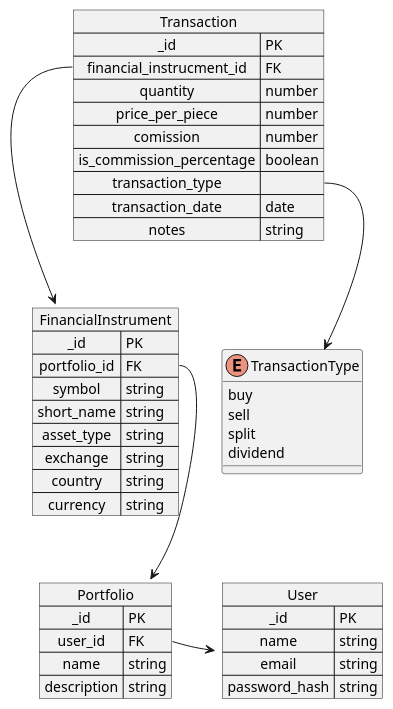
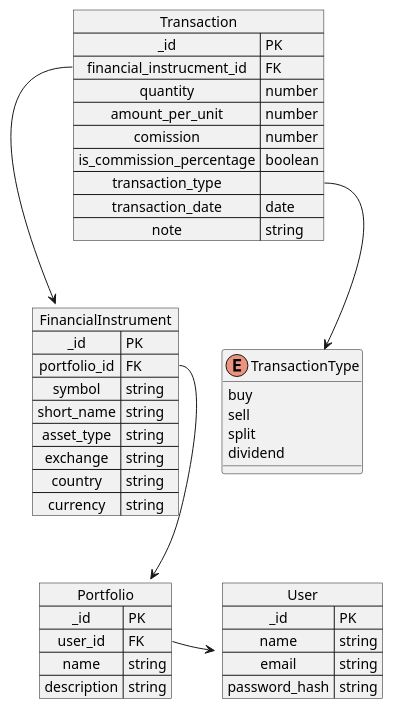
One commit to marcuspeh/investment-tracker-app changed the diagram in docs/SchemaDesign.puml. Above: the diagram before and after it, drawn with PlantUML. The commit also changed 7 other files, not shown here.

Commit message:
Add db schema

```diff
--- a/docs/SchemaDesign.puml
+++ b/docs/SchemaDesign.puml
@@ -1,80 +1,80 @@
 @startuml
 
 map User {
     _id => PK
 
     name => string
     email => string
     password_hash => string
 }
 
 ' map CustomStock {
 '     _id => PK
 
 '     user_id => FK
 
 '     symbol => string
 '     name => string
 '     description => string
 ' }
 ' CustomStock::user_id --> User
 
 ' map CustomStockPrice {
 '     _id => PK
 '     custom_stock_id => FK
 
 '     price => number
 '     date => date
 ' }
 ' CustomStockPrice::custom_stock_id --> CustomStock
 
 map Portfolio {
     _id => PK
 
     user_id => FK
 
     name => string
     description => string
 }
 Portfolio::user_id -> User
 
 map FinancialInstrument {
     _id => PK
 
     portfolio_id => FK
     ' custom_stock_id => FK
 
     symbol => string
     short_name => string
     asset_type => string
     exchange => string
     country => string
     currency => string
 }
 FinancialInstrument::portfolio_id --> Portfolio
 ' FinancialInstrument::custom_stock_id --> CustomStock
 
 enum TransactionType {
     buy
     sell
     split
     dividend
 }
 
 map Transaction {
     _id => PK
 
     financial_instrucment_id => FK
     
     quantity => number
-    price_per_piece => number
+    amount_per_unit => number
     comission => number
     is_commission_percentage => boolean
     transaction_type =>
     transaction_date => date
-    notes => string
+    note => string
 }
 Transaction::financial_instrucment_id --> FinancialInstrument
 Transaction::transaction_type --> TransactionType
 
 @enduml
```
